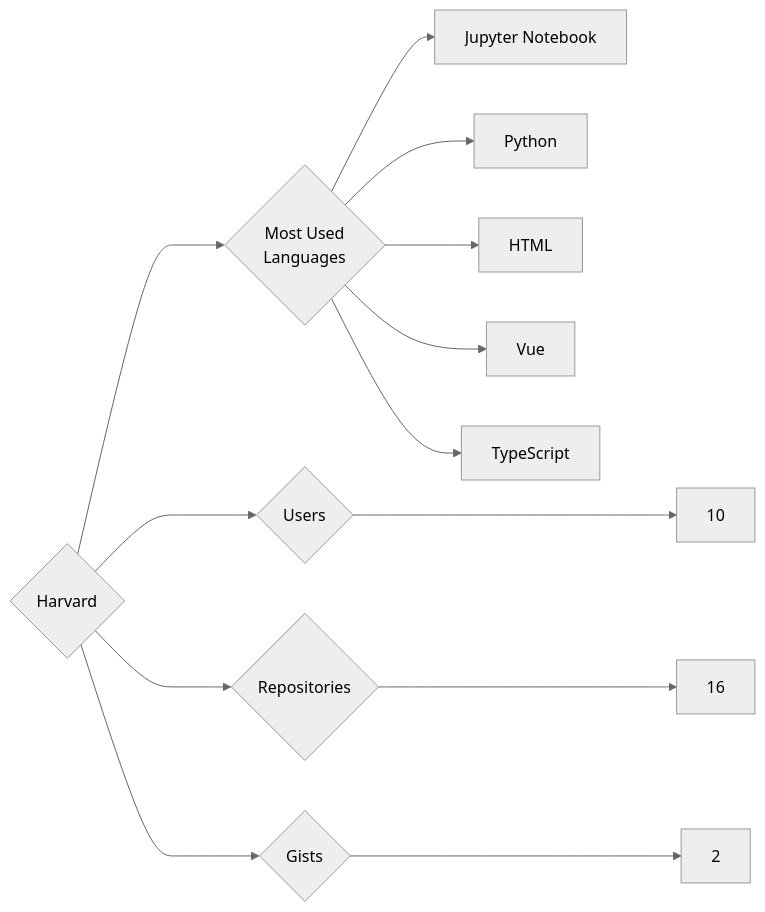
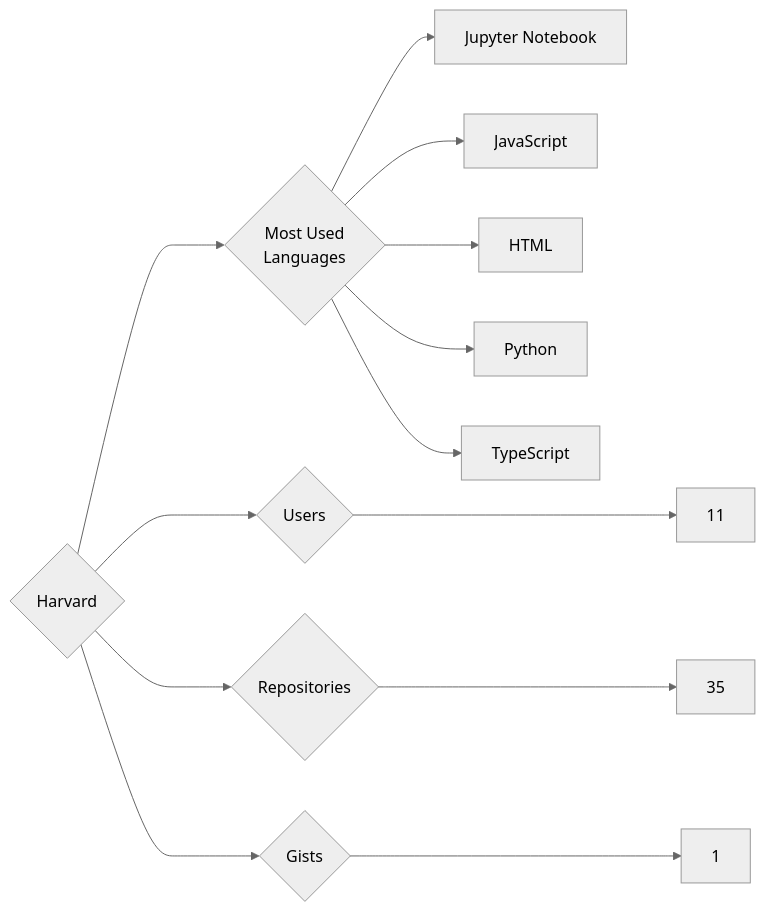
Before and after one commit to trickest/insiders: the diagram in targets/Harvard/README.md, drawn with Mermaid (neutral theme). The commit also changed 1088 other files, not shown here.

````diff
--- a/targets/Harvard/README.md
+++ b/targets/Harvard/README.md
@@ -3,13 +3,13 @@
 ```mermaid
 graph LR
 COMPANY_NAME{Harvard}
-COMPANY_NAME ---> U{Users} ---> UN[10]
-COMPANY_NAME ---> R{Repositories} ---> RN[16]
-COMPANY_NAME ---> G{Gists} ---> GN[2]
+COMPANY_NAME ---> U{Users} ---> UN[11]
+COMPANY_NAME ---> R{Repositories} ---> RN[35]
+COMPANY_NAME ---> G{Gists} ---> GN[1]
 COMPANY_NAME ---> ML{Most Used<br>Languages}
 ML --> Jupyter_Notebook[Jupyter Notebook]
+ML --> JavaScript[JavaScript]
+ML --> HTML[HTML]
 ML --> Python[Python]
-ML --> HTML[HTML]
-ML --> Vue[Vue]
 ML --> TypeScript[TypeScript]
 ```
````
